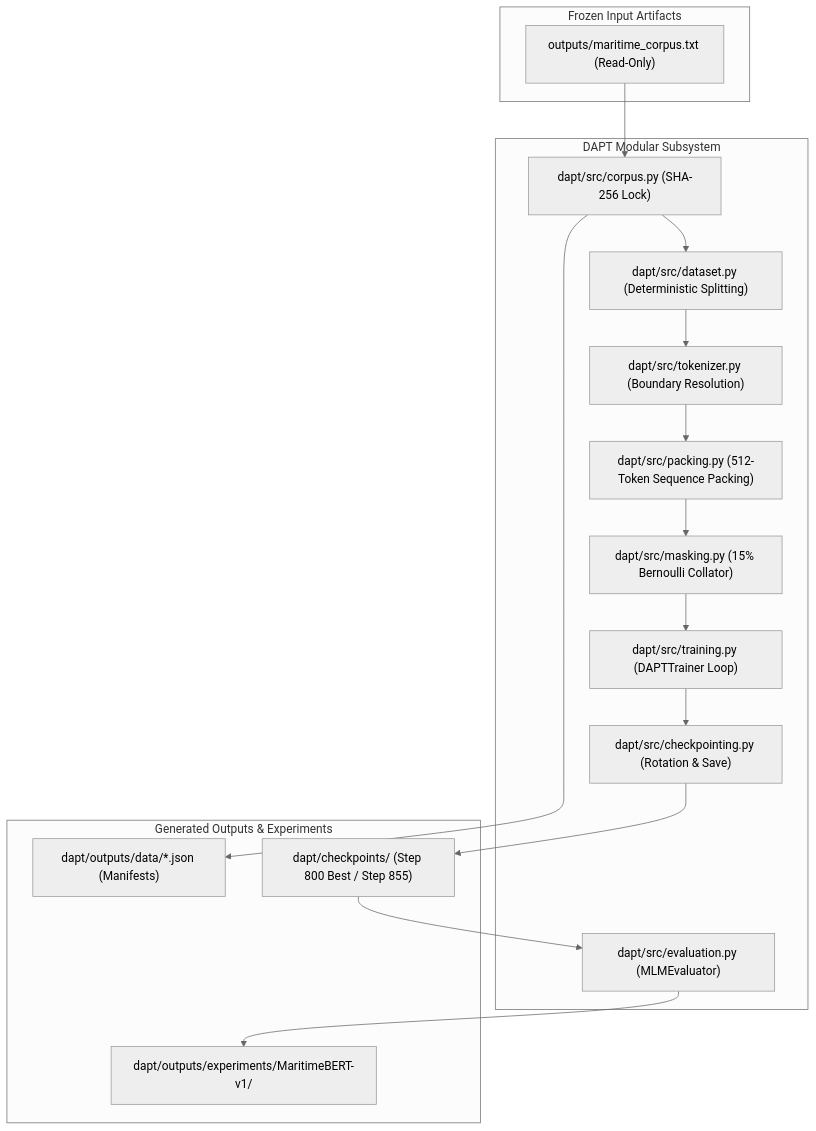
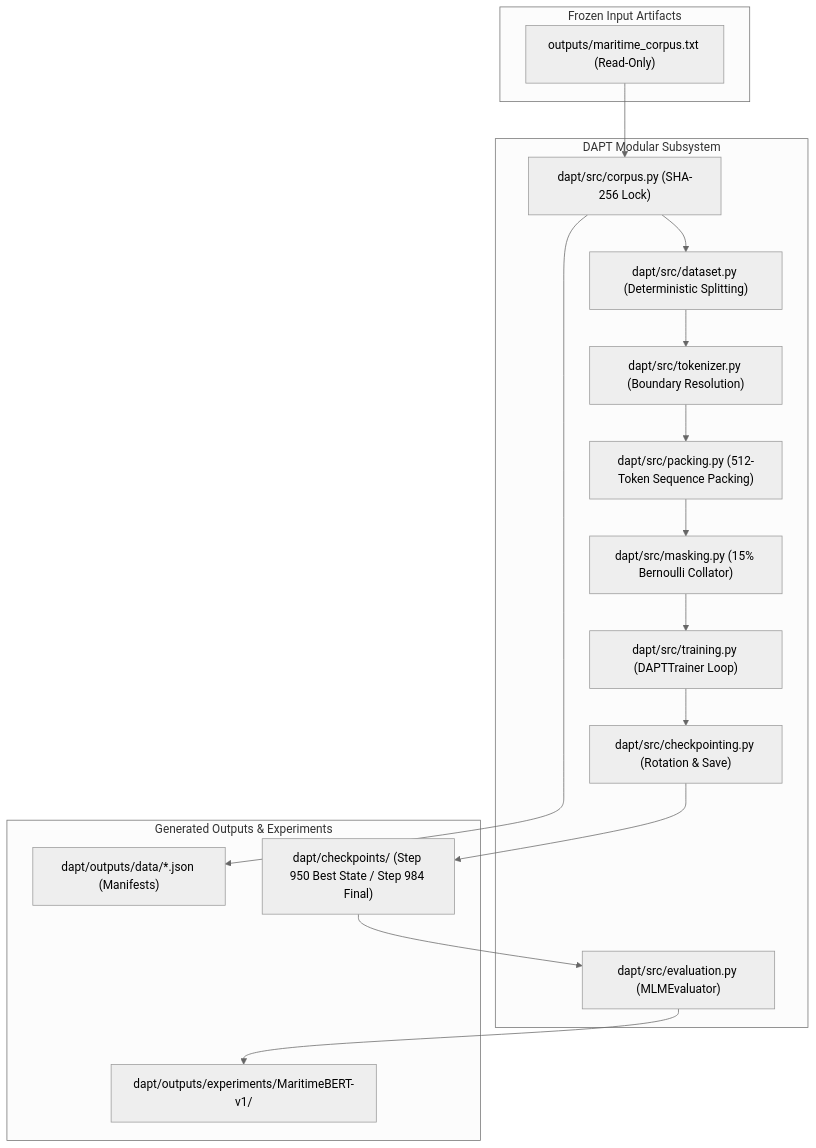
One commit to AbhishekYadav2207/TSBC-DAPT-ModenBERT changed the diagram in diagrams/architecture.md. Above: the diagram before and after it, drawn with Mermaid (neutral theme). The commit also changed 75 other files, not shown here.

````diff
--- a/diagrams/architecture.md
+++ b/diagrams/architecture.md
@@ -5,29 +5,29 @@
 ```mermaid
 flowchart TD
     subgraph FrozenInputs ["Frozen Input Artifacts"]
         CorpusFile["outputs/maritime_corpus.txt (Read-Only)"]
     end
 
     subgraph DAPT Core ["DAPT Modular Subsystem"]
         CorpusModule["dapt/src/corpus.py (SHA-256 Lock)"]
         SplitModule["dapt/src/dataset.py (Deterministic Splitting)"]
         TokenizerModule["dapt/src/tokenizer.py (Boundary Resolution)"]
         PackingModule["dapt/src/packing.py (512-Token Sequence Packing)"]
         MaskingModule["dapt/src/masking.py (15% Bernoulli Collator)"]
         TrainerModule["dapt/src/training.py (DAPTTrainer Loop)"]
         CheckpointModule["dapt/src/checkpointing.py (Rotation & Save)"]
         EvaluatorModule["dapt/src/evaluation.py (MLMEvaluator)"]
     end
 
     subgraph Experiment Outputs ["Generated Outputs & Experiments"]
         Manifests["dapt/outputs/data/*.json (Manifests)"]
-        CheckpointsDir["dapt/checkpoints/ (Step 800 Best / Step 855)"]
+        CheckpointsDir["dapt/checkpoints/ (Step 950 Best State / Step 984 Final)"]
         ReleaseArtifact["dapt/outputs/experiments/MaritimeBERT-v1/"]
     end
 
     CorpusFile --> CorpusModule --> Manifests
     CorpusModule --> SplitModule --> TokenizerModule --> PackingModule
     PackingModule --> MaskingModule --> TrainerModule
     TrainerModule --> CheckpointModule --> CheckpointsDir
     CheckpointsDir --> EvaluatorModule --> ReleaseArtifact
 ```
````
